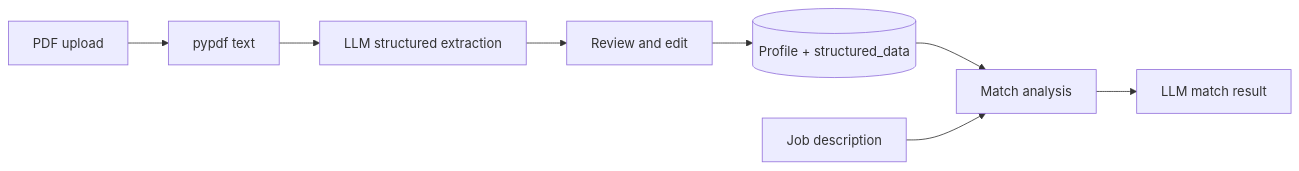
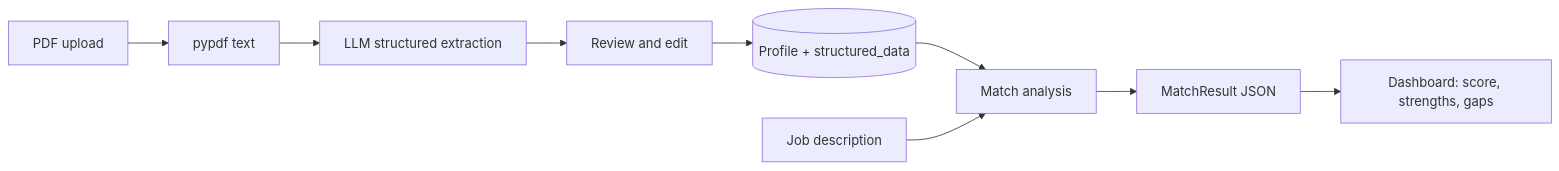
Before and after one commit to Englishpersonfaeroeislands211/ai-career-os: the diagram in README.md, drawn with Mermaid. The commit also changed other lines of this file, not shown here.

First line of the commit message:
docs(readme): update for M1 explainable match analysis

````diff
--- a/README.md
+++ b/README.md
@@ -59,10 +61,11 @@
 ```mermaid
 flowchart LR
     A[PDF upload] --> B[pypdf text]
     B --> C[LLM structured extraction]
     C --> D[Review and edit]
     D --> E[(Profile + structured_data)]
     E --> F[Match analysis]
     J[Job description] --> F
-    F --> G[LLM match result]
+    F --> G[MatchResult JSON]
+    G --> H[Dashboard: score, strengths, gaps]
 ```
````
